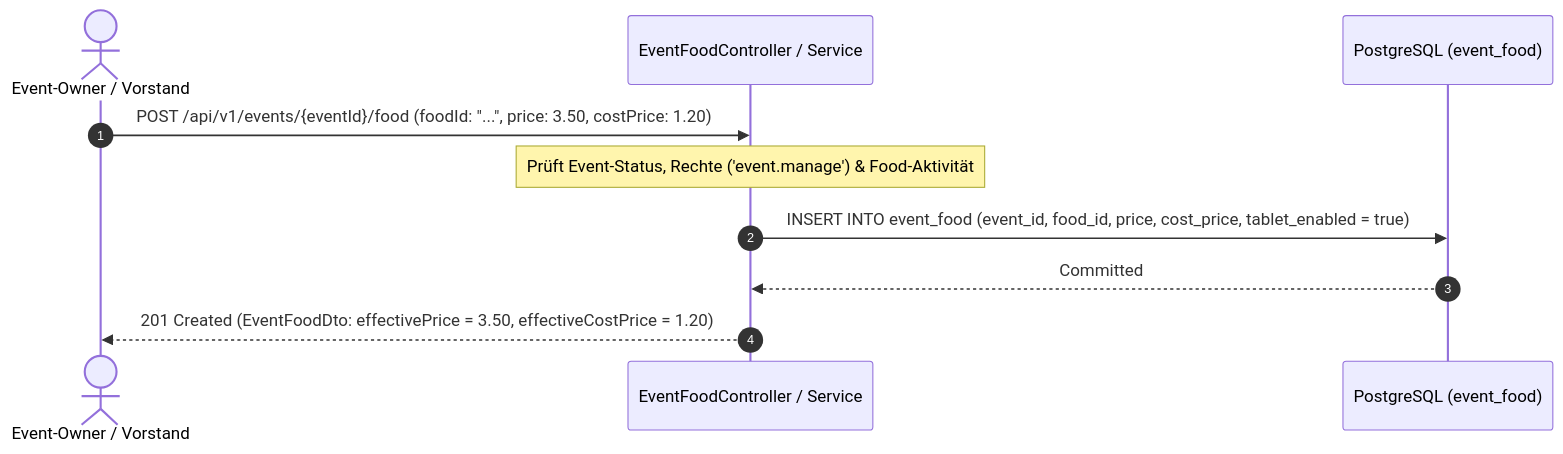
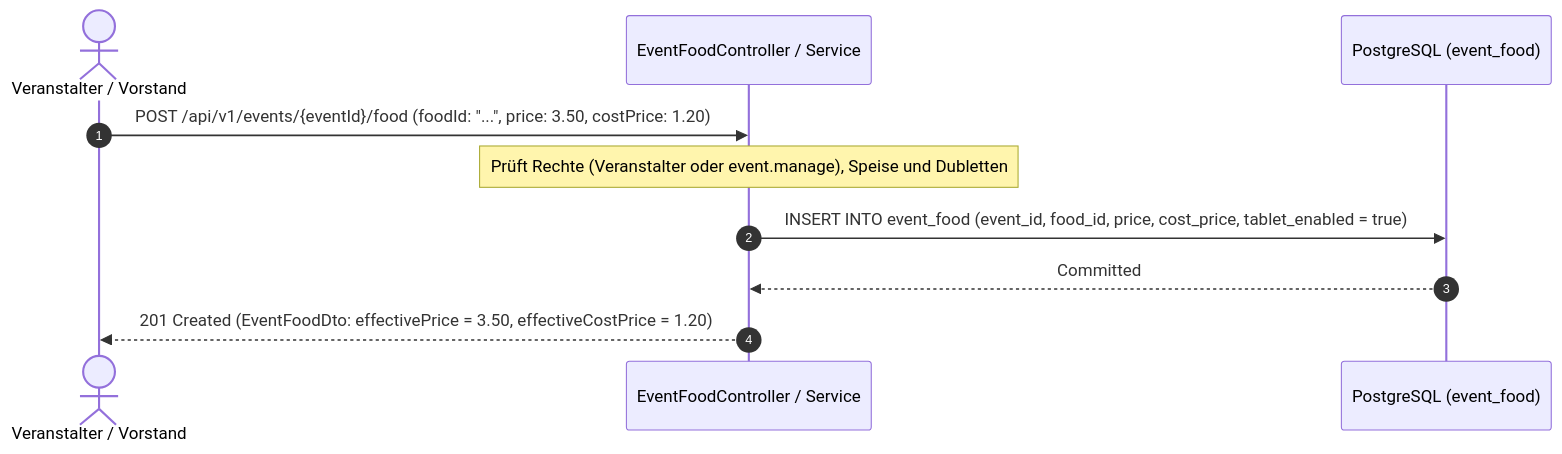
Before and after one commit to damaurer/vereint: the diagram in docs/domains/food-catalog-and-event-food.md, drawn with Mermaid. The commit also changed other lines of this file and 20 other files, not shown here.

````diff
--- a/docs/domains/food-catalog-and-event-food.md
+++ b/docs/domains/food-catalog-and-event-food.md
@@ -125,13 +125,13 @@
 ```mermaid
 sequenceDiagram
     autonumber
-    actor Owner as Event-Owner / Vorstand
+    actor Owner as Veranstalter / Vorstand
     participant Spring as EventFoodController / Service
     participant DB as PostgreSQL (event_food)
 
     Owner->>Spring: POST /api/v1/events/{eventId}/food (foodId: "...", price: 3.50, costPrice: 1.20)
-    Note over Spring: Prüft Event-Status, Rechte ('event.manage') & Food-Aktivität
+    Note over Spring: Prüft Rechte (Veranstalter oder event.manage), Speise und Dubletten
     Spring->>DB: INSERT INTO event_food (event_id, food_id, price, cost_price, tablet_enabled = true)
     DB-->>Spring: Committed
     Spring-->>Owner: 201 Created (EventFoodDto: effectivePrice = 3.50, effectiveCostPrice = 1.20)
 ```
````
